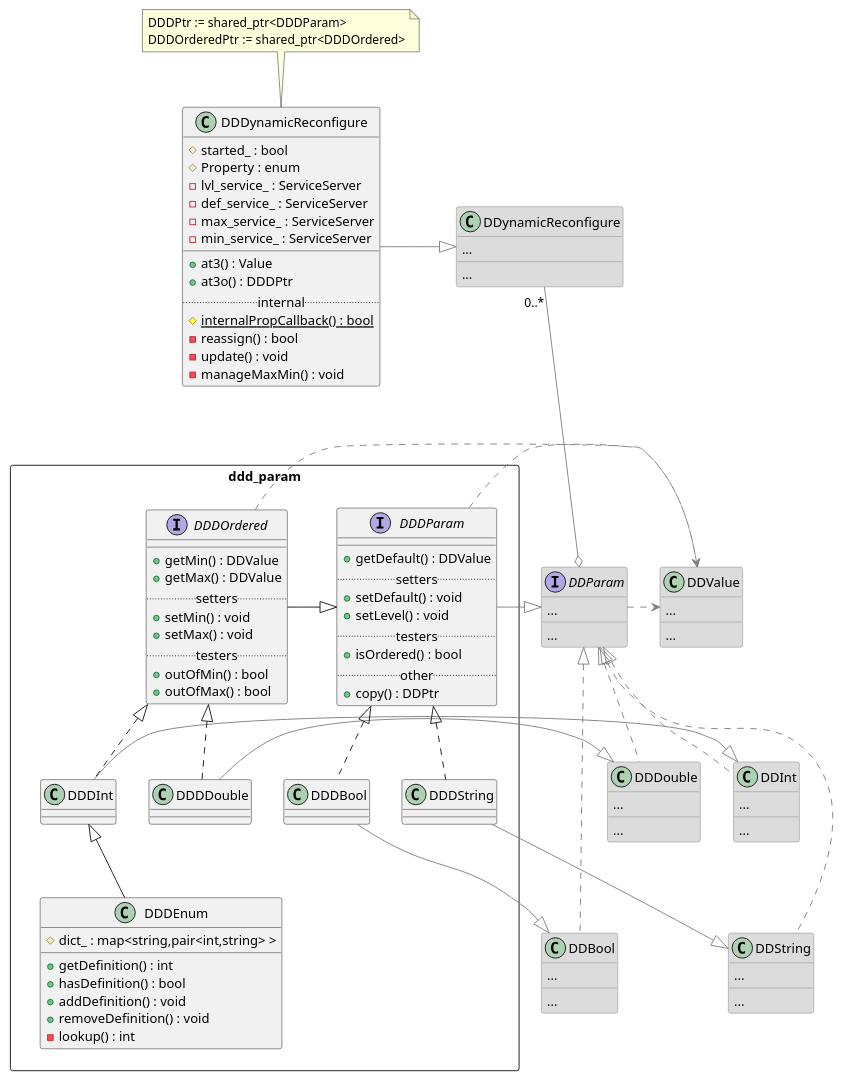
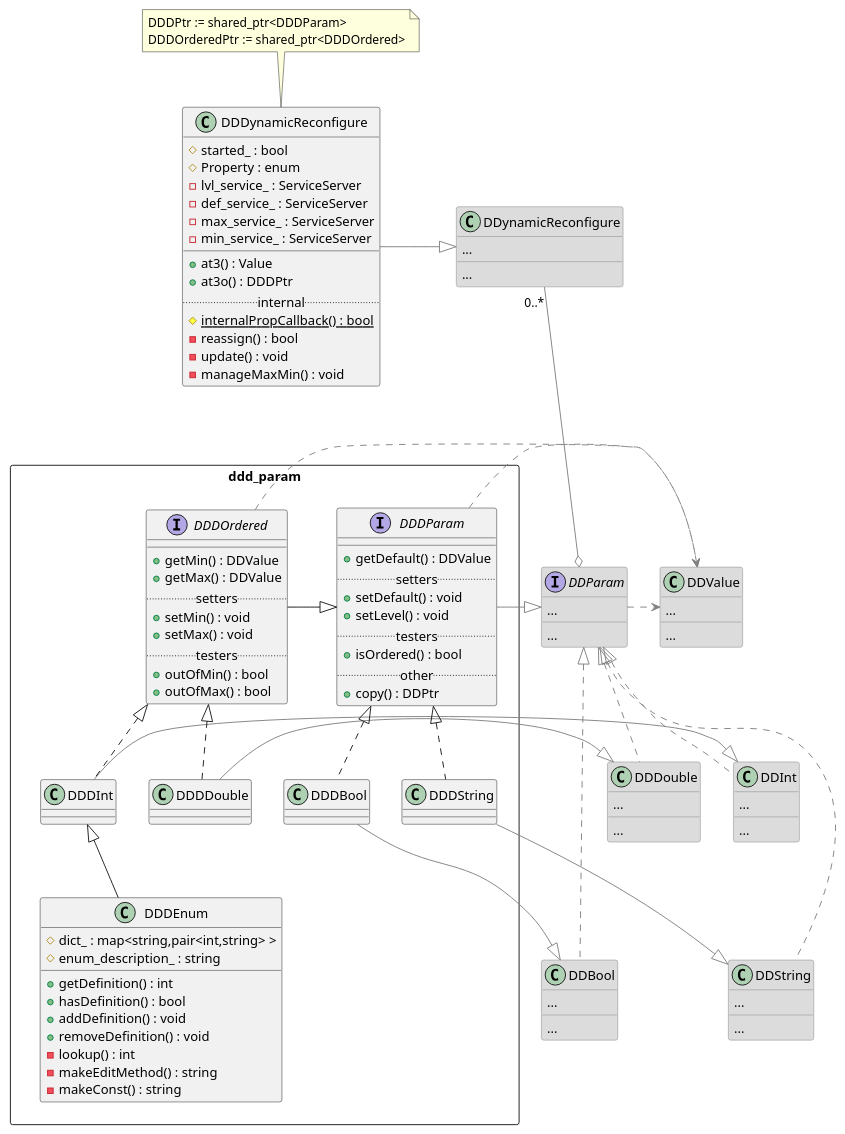
One commit to wew84/3d_reconfigure changed the diagram in uml/class_struct.puml. Above: the diagram before and after it, drawn with PlantUML. The commit also changed 10 other files, not shown here.

```diff
--- a/uml/class_struct.puml
+++ b/uml/class_struct.puml
@@ -1,122 +1,125 @@
 @startuml
 skinparam class {
     BorderColor<<2D>> gray
     BackgroundColor<<2D>> gainsboro
 }
 hide <<2D>> stereotype
 class DDValue <<2D>> {
     ...
     __
     ...
 }
 interface DDParam <<2D>> {
     ...
     __
     ...
 }
 class DDInt <<2D>> {
     ...
     __
     ...
 }
 class DDDouble <<2D>> {
     ...
     __
     ...
 }
 class DDBool <<2D>> {
     ...
     __
     ...
 }
 class DDString <<2D>> {
     ...
     __
     ...
 }
 class DDynamicReconfigure <<2D>> {
     ...
     __
     ...
 }
 class DDDynamicReconfigure {
     #started_ : bool
     #Property : enum
     -lvl_service_ : ServiceServer
     -def_service_ : ServiceServer
     -max_service_ : ServiceServer
     -min_service_ : ServiceServer
     __
     +at3() : Value
     +at3o() : DDDPtr
     ..internal..
     #{static} internalPropCallback() : bool
     -reassign() : bool
     -update() : void
     -manageMaxMin() : void
 }
 note top: DDDPtr := shared_ptr<DDDParam>\nDDDOrderedPtr := shared_ptr<DDDOrdered>
 package ddd_param <<Rectangle>> {
     interface DDDParam {
         __
         +getDefault() : DDValue
         ..setters..
         +setDefault() : void
         +setLevel() : void
         ..testers..
         +isOrdered() : bool
         ..other..
         +copy() : DDPtr
     }
     interface DDDOrdered {
         __
         +getMin() : DDValue
         +getMax() : DDValue
         ..setters..
         +setMin() : void
         +setMax() : void
         ..testers..
         +outOfMin() : bool
         +outOfMax() : bool
     }
     class DDDInt {
     }
     class DDDDouble {
     }
     class DDDBool {
     }
     class DDDString {
     }
     class DDDEnum {
         #dict_ : map<string,pair<int,string> >
+        #enum_description_ : string
         +getDefinition() : int
         +hasDefinition() : bool
         +addDefinition() : void
         +removeDefinition() : void
         -lookup() : int
+        -makeEditMethod() : string
+        -makeConst() : string
     }
 }
 DDDynamicReconfigure -[hidden]-> ddd_param
 
 DDParam .[#gray]> DDValue
 DDDParam -[#gray]|> DDParam
 DDDParam .[#gray]> DDValue
 DDDOrdered .[#gray]> DDValue
 DDDInt -[#gray]|> DDInt
 DDDDouble -[#gray]|> DDDouble
 DDDBool -[#gray]-|> DDBool
 DDDString -[#gray]-|> DDString
 DDynamicReconfigure "0..*" --[#gray]-o DDParam
 DDDynamicReconfigure -[#gray]|> DDynamicReconfigure
 DDInt .[#gray]u.|> DDParam
 DDDouble .[#gray]u.|> DDParam
 DDBool .[#gray]u.|> DDParam
 DDString .[#gray]u.|> DDParam
 
 DDDOrdered -|> DDDParam
 DDDInt .u.|> DDDOrdered
 DDDDouble .u.|> DDDOrdered
 DDDBool .u.|> DDDParam
 DDDString .u.|> DDDParam
 DDDEnum -u-|> DDDInt
 @enduml
```
